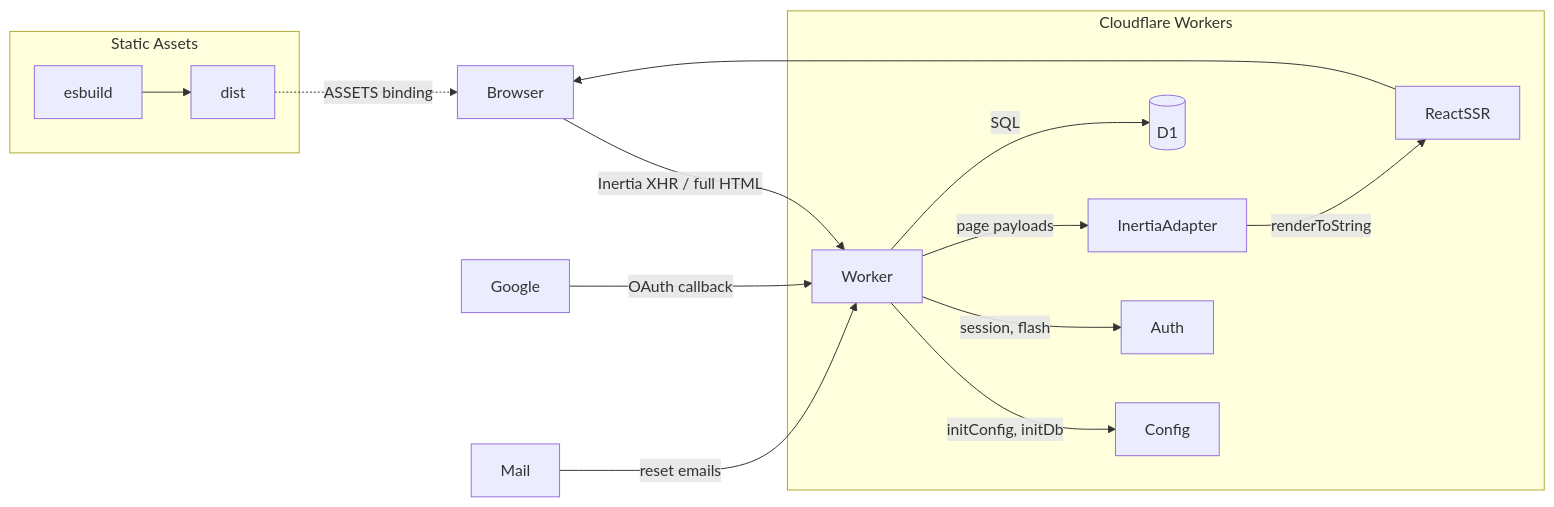
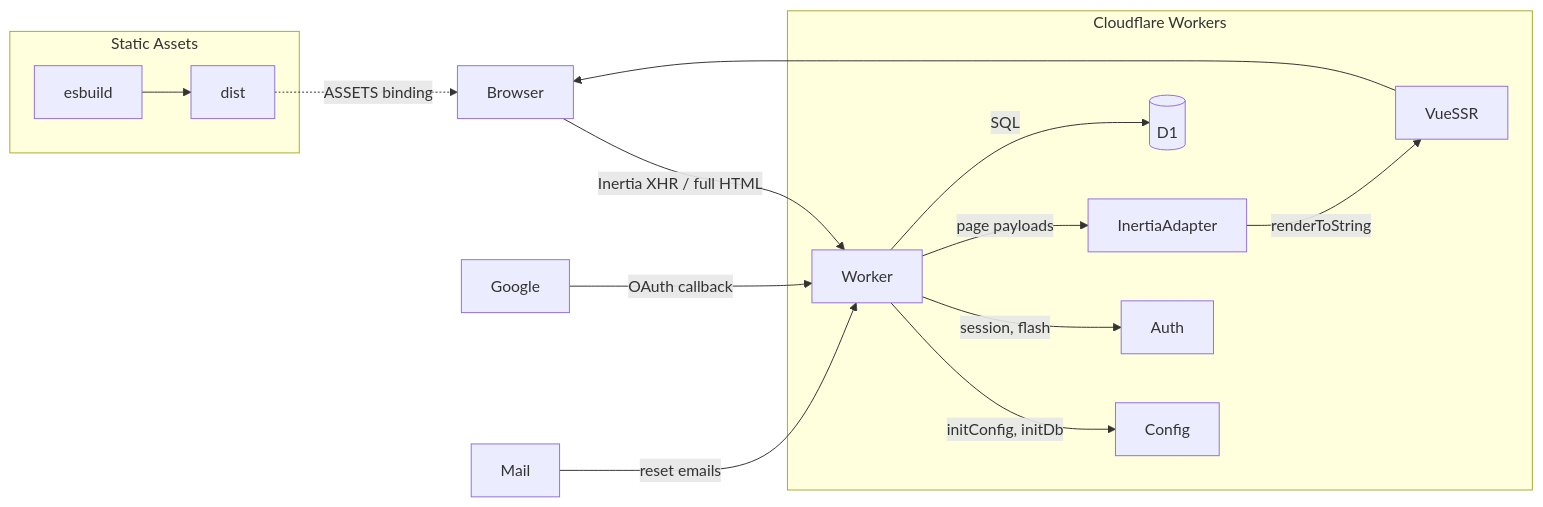
Before and after one commit to avathurrahman/kilat: the diagram in README.md, drawn with Mermaid. The commit also changed other lines of this file and 1 other file, not shown here.

Commit message:
docs: customize AGENTS.md and README.md for vue-vanilla template

````diff
--- a/README.md
+++ b/README.md
@@ -16,18 +18,18 @@
 ```mermaid
 flowchart LR
   Browser -->|Inertia XHR / full HTML| Worker
   subgraph Cloudflare Workers
     Worker -->|initConfig, initDb| Config
     Worker -->|session, flash| Auth
     Worker -->|page payloads| InertiaAdapter
-    InertiaAdapter -->|renderToString| ReactSSR
+    InertiaAdapter -->|renderToString| VueSSR
     Worker -->|SQL| D1[(D1)]
   end
-  ReactSSR --> Browser
+  VueSSR --> Browser
   Google -->|OAuth callback| Worker
   Mail -->|reset emails| Worker
   subgraph Static Assets
     esbuild --> dist
   end
   dist -.->|ASSETS binding| Browser
 ```
````
